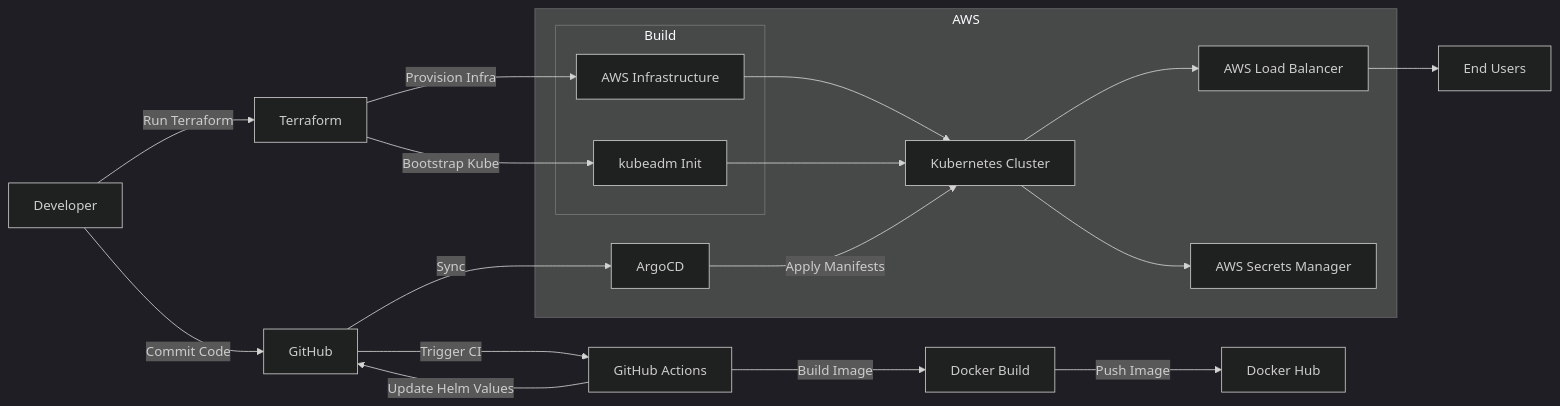
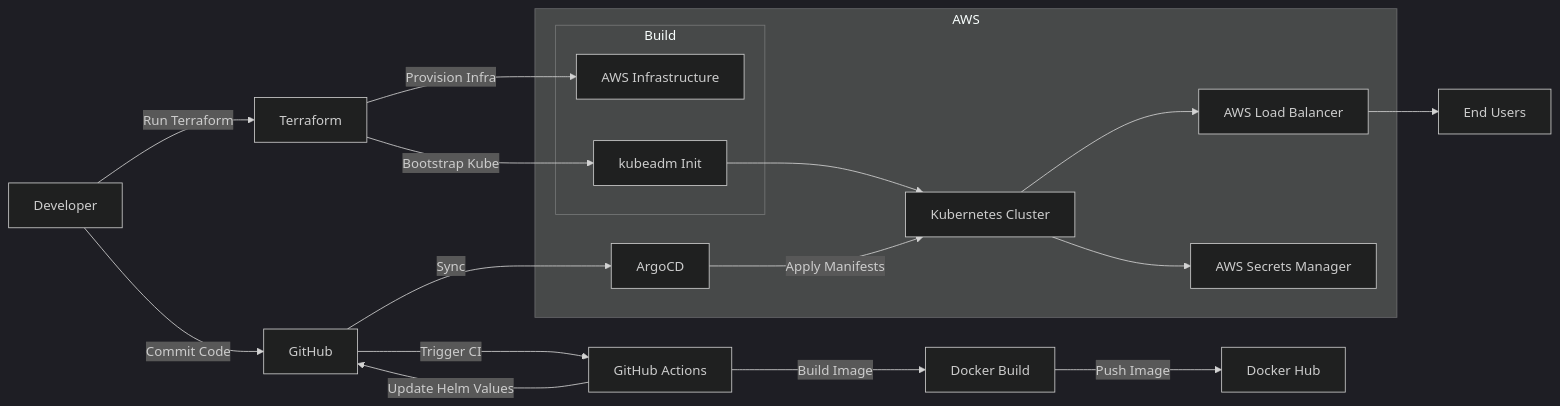
One commit to necrux/telekemp changed the diagram in README.md. Above: the diagram before and after it, drawn with Mermaid (dark theme). The commit also changed other lines of this file, not shown here.

````diff
--- a/README.md
+++ b/README.md
@@ -8,37 +8,36 @@
 ```mermaid
 flowchart LR
     Dev[Developer] -->|Commit Code| GH[GitHub]
     Dev[Developer] -->|Run Terraform| TF[Terraform]
 
     %% CI Pipeline
     GH -->|Trigger CI| CI[GitHub Actions]
     CI -->|Build Image| Docker[Docker Build]
     Docker -->|Push Image| DH[Docker Hub]
 
     CI -->|Update Helm Values| GH
 
     %% GitOps
     GH -->|Sync| Argo[ArgoCD]
 
     %% Terraform acts from outside AWS
     TF -->|Provision Infra| AWSInfra
     TF -->|Bootstrap Kube| Kubeadm
 
     subgraph Outer ["AWS"]
       
       %% Infra Pipeline
       subgraph Inner ["Build"]
         AWSInfra[AWS Infrastructure]
         Kubeadm[kubeadm Init]
       end
 
-      AWSInfra --> K8s[Kubernetes Cluster]
-      Kubeadm --> K8s
+      Kubeadm --> K8s[Kubernetes Cluster]
 
       Argo -->|Apply Manifests| K8s
-      K8s --> ALB[AWS Load Balancer]
+      K8s --> NLB[AWS Load Balancer]
       K8s --> SM[AWS Secrets Manager]
     end
 
-    ALB --> User[End Users]
+    NLB --> User[End Users]
 ```
````
